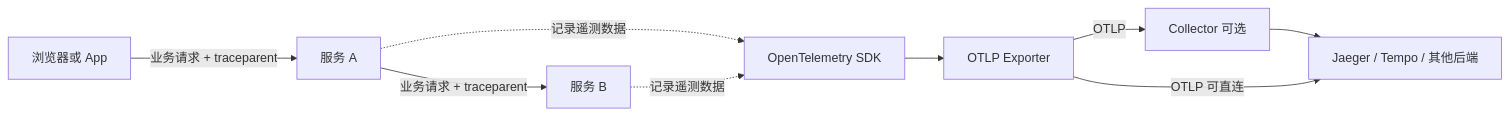
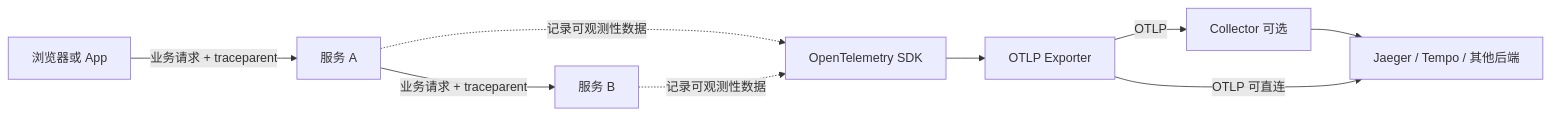
The first of 2 diagrams in docs/opentelemetry/opentelemetry_context_and_otlp.md (lilinzezzzzzz/agent-backend), drawn with Mermaid before and after one commit. The commit also changed other lines of this file, not shown here.

````diff
--- a/docs/opentelemetry/opentelemetry_context_and_otlp.md
+++ b/docs/opentelemetry/opentelemetry_context_and_otlp.md
@@ -75,11 +75,11 @@
 ```mermaid
 flowchart LR
     Client[浏览器或 App] -->|业务请求 + traceparent| ServiceA[服务 A]
     ServiceA -->|业务请求 + traceparent| ServiceB[服务 B]
-    ServiceA -.记录遥测数据.-> SDK[OpenTelemetry SDK]
-    ServiceB -.记录遥测数据.-> SDK
+    ServiceA -.记录可观测性数据.-> SDK[OpenTelemetry SDK]
+    ServiceB -.记录可观测性数据.-> SDK
     SDK --> Exporter[OTLP Exporter]
     Exporter -->|OTLP| Collector[Collector 可选]
     Collector --> Backend[Jaeger / Tempo / 其他后端]
     Exporter -->|OTLP 可直连| Backend
 ```
````
